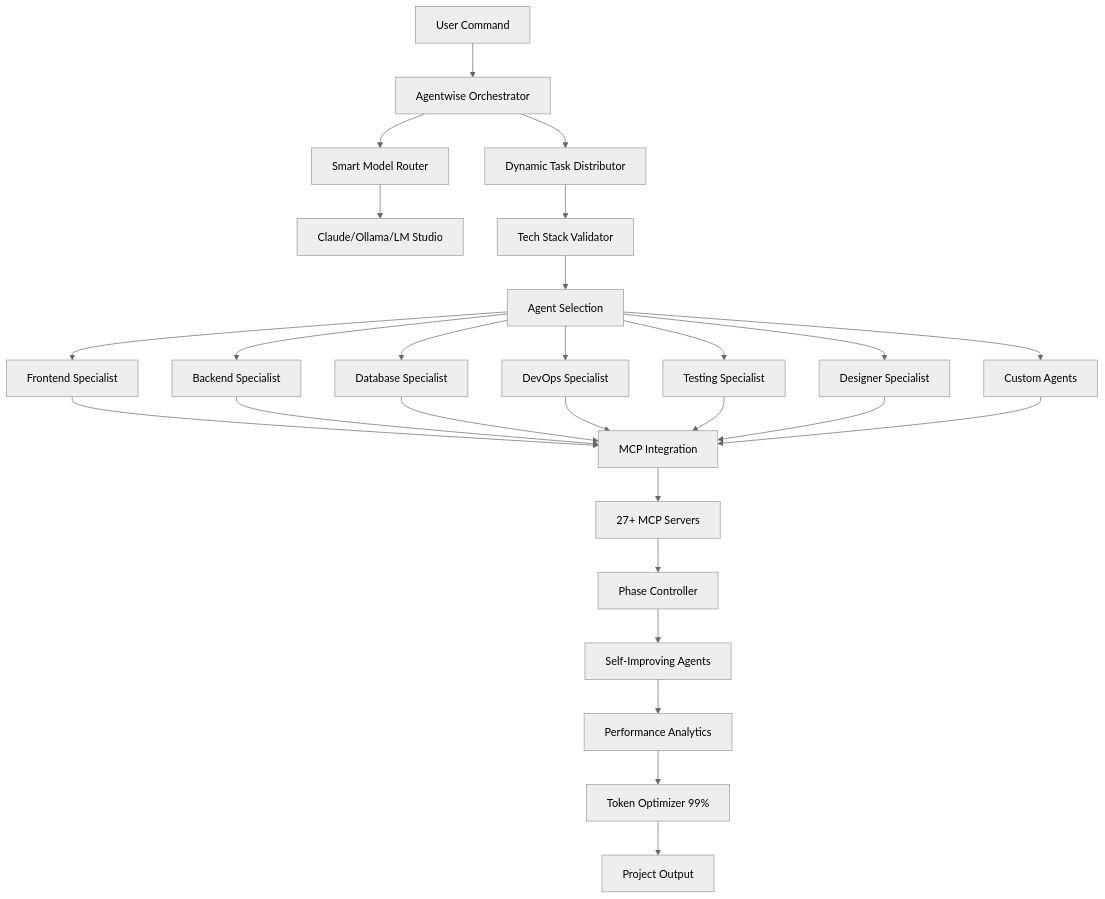
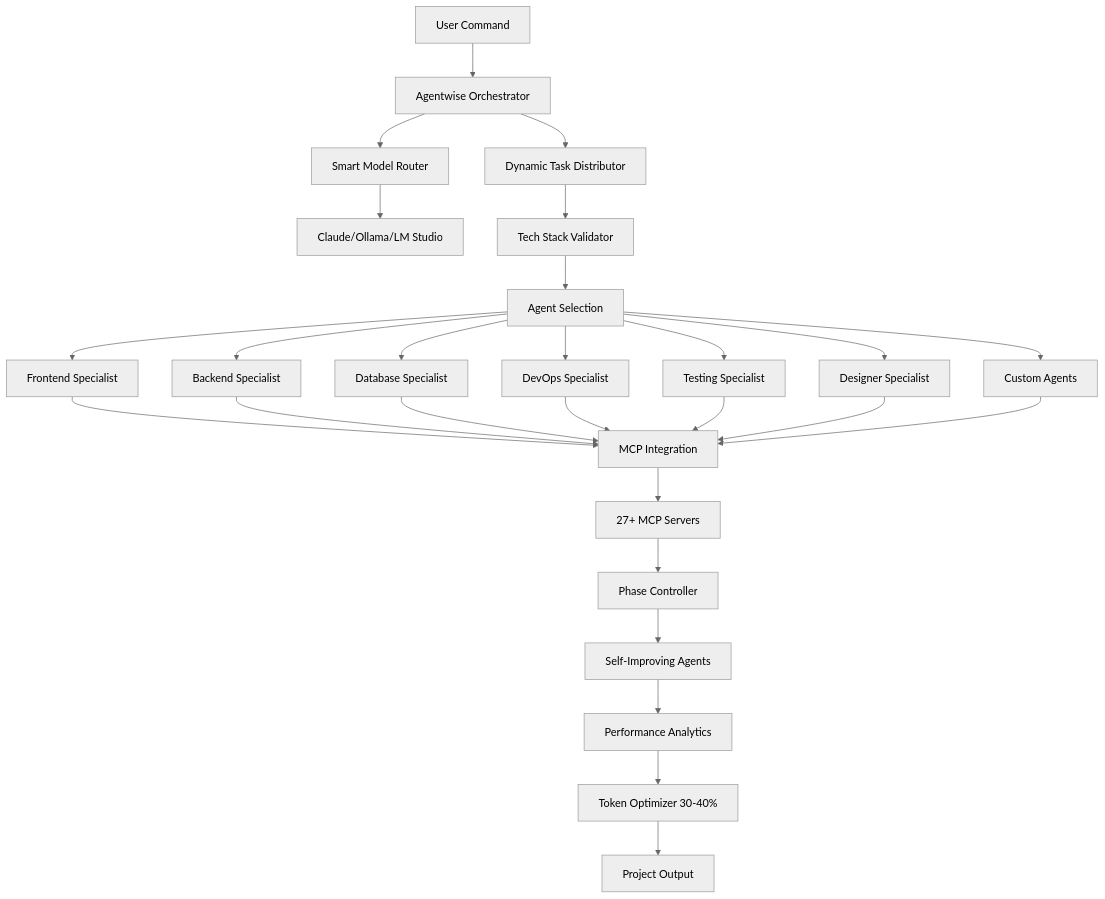
One commit to VibeCodingWithPhil/agentwise changed the diagram in README.md. Above: the diagram before and after it, drawn with Mermaid (neutral theme). The commit also changed other lines of this file and 7 other files, not shown here.

````diff
--- a/README.md
+++ b/README.md
@@ -395,29 +395,29 @@
 ```mermaid
 graph TD
     A[User Command] --> B[Agentwise Orchestrator]
     B --> C[Smart Model Router]
     C --> D[Claude/Ollama/LM Studio]
     B --> E[Dynamic Task Distributor]
     E --> F[Tech Stack Validator]
     F --> G[Agent Selection]
     G --> H1[Frontend Specialist]
     G --> H2[Backend Specialist]
     G --> H3[Database Specialist]
     G --> H4[DevOps Specialist]
     G --> H5[Testing Specialist]
     G --> H6[Designer Specialist]
     G --> H7[Custom Agents]
     H1 --> I[MCP Integration]
     H2 --> I
     H3 --> I
     H4 --> I
     H5 --> I
     H6 --> I
     H7 --> I
     I --> J[27+ MCP Servers]
     J --> K[Phase Controller]
     K --> L[Self-Improving Agents]
     L --> M[Performance Analytics]
-    M --> N[Token Optimizer 99%]
+    M --> N[Token Optimizer 30-40%]
     N --> O[Project Output]
 ```
````
